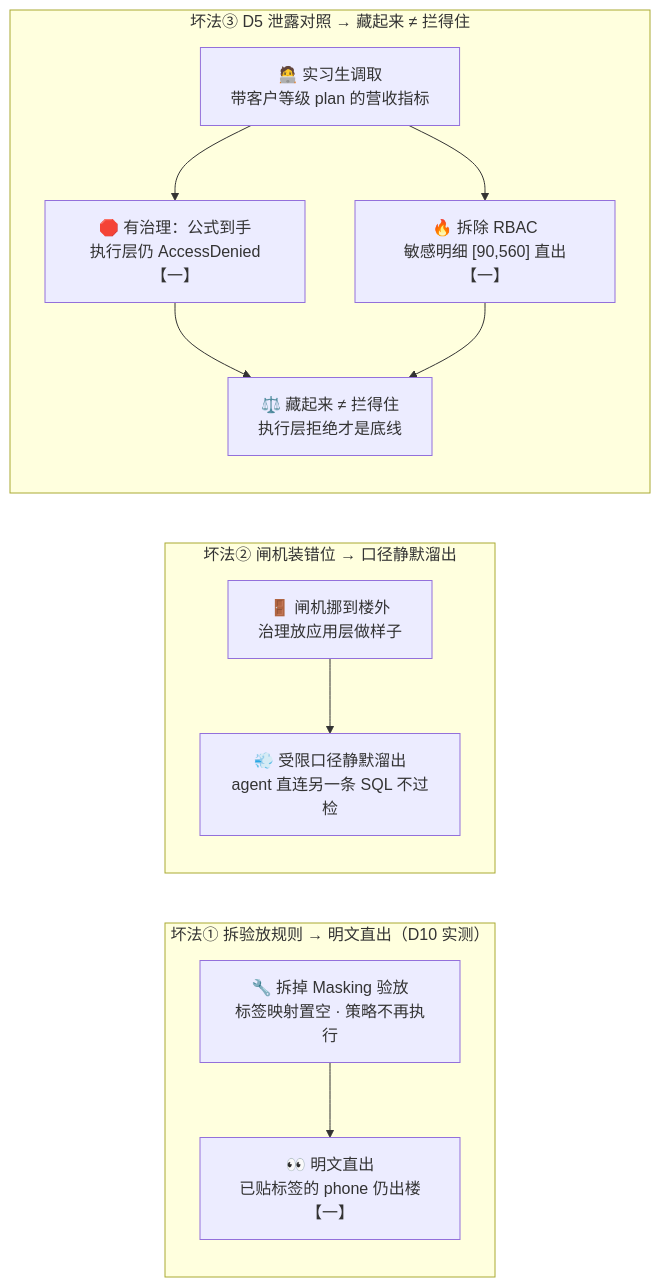
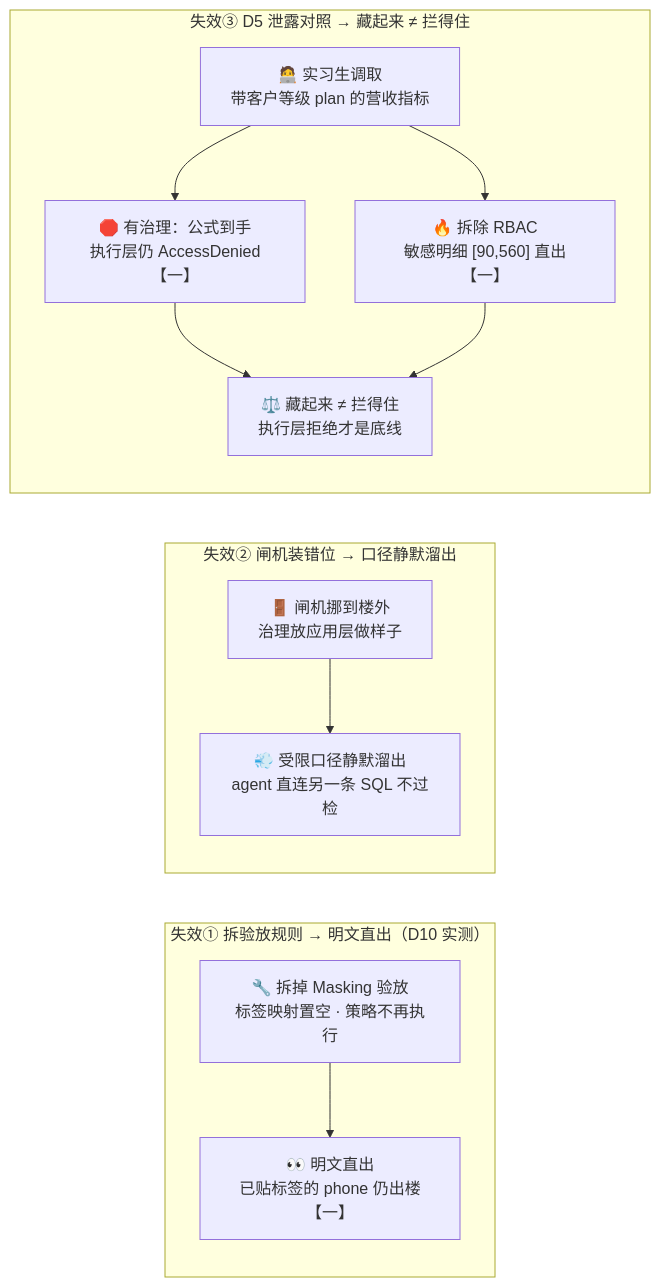
One commit to ThreeFish-AI/negentropy changed the diagram in docs/assets/mermaid/cognitive-context/horizon-context--governance-demolition.mmd. Above: the diagram before and after it, drawn with Mermaid. The commit also changed 21 other files, not shown here.

First line of the commit message:
docs(assets): 配图标签直述化——layer-mechanism-map/lifecycle candidate 改签 finalize 四门重渲（PNG/HTML/回执刷新、拓扑零变动），governance-demolition 等四图无 candidate 资产按计数断言直改，mermaid 源与 README 同步;

```diff
--- a/docs/assets/mermaid/cognitive-context/horizon-context--governance-demolition.mmd
+++ b/docs/assets/mermaid/cognitive-context/horizon-context--governance-demolition.mmd
@@ -1,18 +1,18 @@
 %%source: docs/research/cognitive-context/011-horizon-context.md §2 M2 行列级策略 · §2 M3 语义级治理 · 破坏实验 D5/D10 · §9 验收问答（M2/M3 分野）
 %%slug: cognitive-context/horizon-context--governance-demolition
 %%type: workflow
 %%derived: archify workflow v2, authored from source mermaid
-%% fix: (2026-09-20 视频多章一图) M2/M3 破坏性实验反事实对照台：坏法①拆验放规则→phone 明文出楼【一】(D10)；坏法②闸机装错位（应用层旁路）→口径静默溜出；坏法③D5 泄露对照（拿到公式仍 AccessDenied【一】 vs 拆 RBAC 明细 [90,560] 直出【一】）；内容边界=逐字稿 p3-13a/13b/19-22 原句 + 精读文档事实，不外引下一集市政比喻
+%% fix: (2026-09-20 视频多章一图) M2/M3 破坏性实验反事实对照台：失效①拆验放规则→phone 明文出楼【一】(D10)；失效②闸机装错位（应用层旁路）→口径静默溜出；失效③D5 泄露对照（拿到公式仍 AccessDenied【一】 vs 拆 RBAC 明细 [90,560] 直出【一】）；内容边界=逐字稿 p3-13a/13b/19-22 原句 + 精读文档事实，不外引下一集市政比喻
 flowchart LR
-    subgraph "坏法① 拆验放规则 → 明文直出（D10 实测）"
+    subgraph "失效① 拆验放规则 → 明文直出（D10 实测）"
         removeMask["🔧 拆掉 Masking 验放<br/>标签映射置空 · 策略不再执行"] --> plainLeak["👀 明文直出<br/>已贴标签的 phone 仍出楼【一】"]
     end
-    subgraph "坏法② 闸机装错位 → 口径静默溜出"
+    subgraph "失效② 闸机装错位 → 口径静默溜出"
         wrongGate["🚪 闸机挪到楼外<br/>治理放应用层做样子"] --> silentLeak["💨 受限口径静默溜出<br/>agent 直连另一条 SQL 不过检"]
     end
-    subgraph "坏法③ D5 泄露对照 → 藏起来 ≠ 拦得住"
+    subgraph "失效③ D5 泄露对照 → 藏起来 ≠ 拦得住"
         internProbe["🧑‍💻 实习生调取<br/>带客户等级 plan 的营收指标"] --> accessDenied["🛑 有治理：公式到手<br/>执行层仍 AccessDenied【一】"]
         internProbe --> sensitiveLeak["🔥 拆除 RBAC<br/>敏感明细 [90,560] 直出【一】"]
         accessDenied --> verdict["⚖️ 藏起来 ≠ 拦得住<br/>执行层拒绝才是底线"]
         sensitiveLeak --> verdict
     end
```
